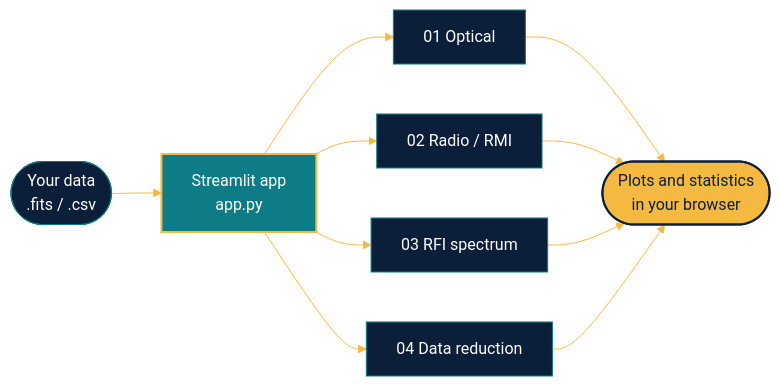
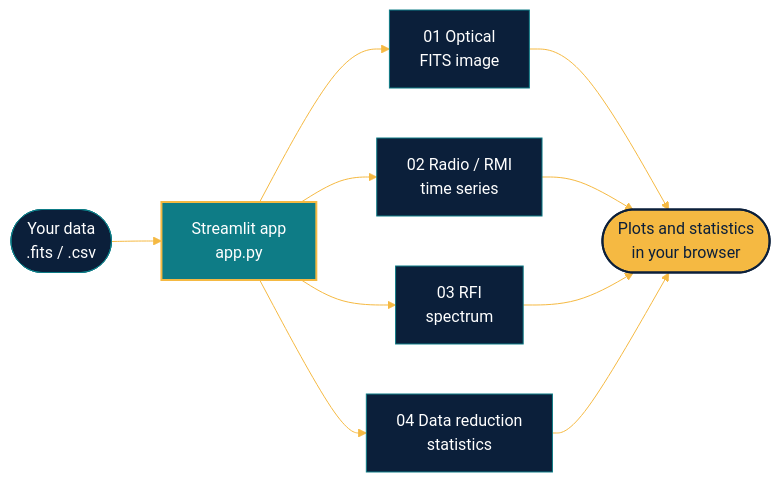
Before and after one commit to LuthandoCandlovu/DARA-Astronomy-Practicals-Kenya-Illeret-: the first of 11 diagrams in README.md, drawn with Mermaid. The commit also changed other lines of this file, not shown here.

````diff
--- a/README.md
+++ b/README.md
@@ -43,15 +118,15 @@
 ```mermaid
 %%{init: {'theme':'base','themeVariables':{'primaryColor':'#0B1F3A','primaryTextColor':'#ffffff','primaryBorderColor':'#0E7C86','lineColor':'#F5B942','secondaryColor':'#0E7C86','tertiaryColor':'#0B1F3A','fontFamily':'Segoe UI, Arial'}}}%%
 flowchart LR
     IN(["Your data<br/>.fits / .csv"]) --> APP["Streamlit app<br/>app.py"]
-    APP --> M1["01 Optical"]
-    APP --> M2["02 Radio / RMI"]
-    APP --> M3["03 RFI spectrum"]
-    APP --> M4["04 Data reduction"]
+    APP --> M1["01 Optical<br/>FITS image"]
+    APP --> M2["02 Radio / RMI<br/>time series"]
+    APP --> M3["03 RFI<br/>spectrum"]
+    APP --> M4["04 Data reduction<br/>statistics"]
     M1 --> OUT(["Plots and statistics<br/>in your browser"])
     M2 --> OUT
     M3 --> OUT
     M4 --> OUT
     style APP fill:#0E7C86,stroke:#F5B942,color:#ffffff,stroke-width:2px
     style OUT fill:#F5B942,stroke:#0B1F3A,color:#0B1F3A,stroke-width:2px
 ```
````
